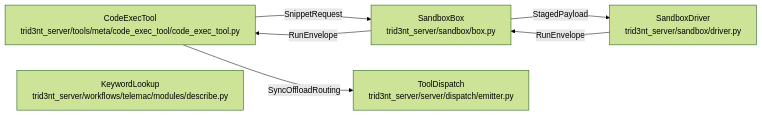
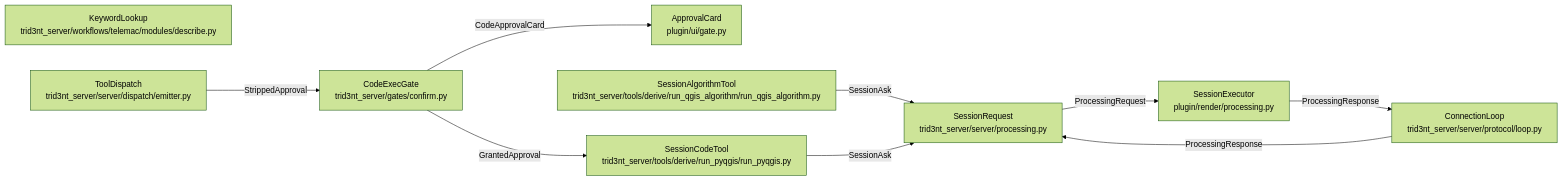
Before and after one commit to double-r-squared/trid3nt-qgis-plugin: the diagram in docs/model/tool-plane-view.md, drawn with Mermaid (forest theme). The commit also changed other lines of this file and 171 other files, not shown here.

````diff
--- a/docs/model/tool-plane-view.md
+++ b/docs/model/tool-plane-view.md
@@ -9,13 +9,20 @@
 ```mermaid
 flowchart LR
-    codeExecTool["CodeExecTool<br/>trid3nt_server/tools/meta/code_exec_tool/code_exec_tool.py"]
+    approvalCard["ApprovalCard<br/>plugin/ui/gate.py"]
+    codeExecGate["CodeExecGate<br/>trid3nt_server/gates/confirm.py"]
+    connectionLoop["ConnectionLoop<br/>trid3nt_server/server/protocol/loop.py"]
     keywordLookup["KeywordLookup<br/>trid3nt_server/workflows/telemac/modules/describe.py"]
-    sandboxBox["SandboxBox<br/>trid3nt_server/sandbox/box.py"]
-    sandboxDriver["SandboxDriver<br/>trid3nt_server/sandbox/driver.py"]
+    runPyqgis["SessionCodeTool<br/>trid3nt_server/tools/derive/run_pyqgis/run_pyqgis.py"]
+    runQgisAlgorithm["SessionAlgorithmTool<br/>trid3nt_server/tools/derive/run_qgis_algorithm/run_qgis_algorithm.py"]
+    sessionExecutor["SessionExecutor<br/>plugin/render/processing.py"]
+    sessionRequest["SessionRequest<br/>trid3nt_server/server/processing.py"]
     toolDispatch["ToolDispatch<br/>trid3nt_server/server/dispatch/emitter.py"]
-    sandboxBox -- "RunEnvelope" --> codeExecTool
-    sandboxDriver -- "RunEnvelope" --> sandboxBox
-    codeExecTool -- "SyncOffloadRouting" --> toolDispatch
-    sandboxBox -- "StagedPayload" --> sandboxDriver
-    codeExecTool -- "SnippetRequest" --> sandboxBox
+    runQgisAlgorithm -- "SessionAsk" --> sessionRequest
+    codeExecGate -- "GrantedApproval" --> runPyqgis
+    toolDispatch -- "StrippedApproval" --> codeExecGate
+    codeExecGate -- "CodeApprovalCard" --> approvalCard
+    runPyqgis -- "SessionAsk" --> sessionRequest
+    sessionRequest -- "ProcessingRequest" --> sessionExecutor
+    sessionExecutor -- "ProcessingResponse" --> connectionLoop
+    connectionLoop -- "ProcessingResponse" --> sessionRequest
 ```
````
